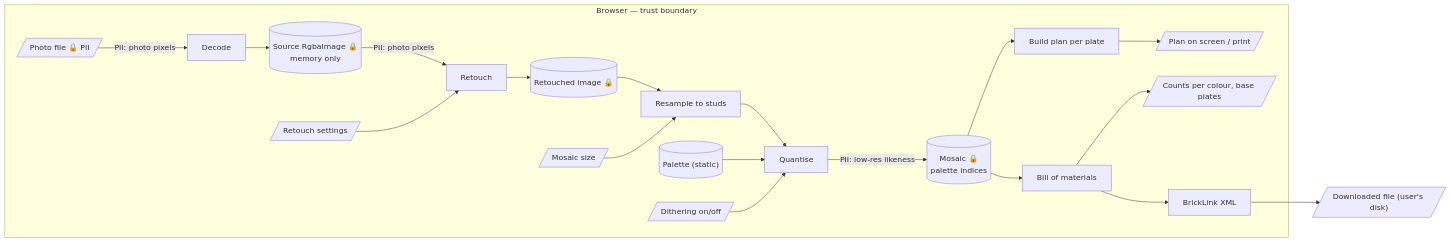
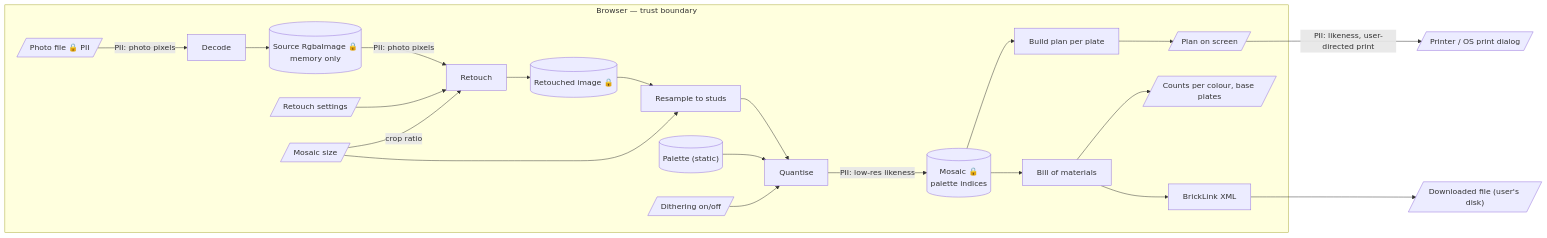
Before and after one commit to benoit-bremaud/brickpix: the diagram in docs/architecture/diagrams/mosaic/06-data-flow.md, drawn with Mermaid. The commit also changed other lines of this file and 1 other file, not shown here.

Commit message:
docs(architecture): address Codex review on state and data-flow diagrams

````diff
--- a/docs/architecture/diagrams/mosaic/06-data-flow.md
+++ b/docs/architecture/diagrams/mosaic/06-data-flow.md
@@ -10,37 +10,39 @@
 ```mermaid
 flowchart LR
     File[/"Photo file 🔒 PII"/] -- "PII: photo pixels" --> Decode["Decode"]
     Decode --> Src[("Source RgbaImage 🔒<br/>memory only")]
     Src -- "PII: photo pixels" --> Retouch["Retouch"]
     Settings[/"Retouch settings"/] --> Retouch
     Retouch --> Ret[("Retouched image 🔒")]
     Ret --> Resample["Resample to studs"]
     Size[/"Mosaic size"/] --> Resample
+    Size -- "crop ratio" --> Retouch
     Resample --> Quantise["Quantise"]
     Pal[("Palette (static)")] --> Quantise
     Dither[/"Dithering on/off"/] --> Quantise
     Quantise -- "PII: low-res likeness" --> Mosaic[("Mosaic 🔒<br/>palette indices")]
-    Mosaic --> Plan["Build plan per plate"] --> PlanOut[/"Plan on screen / print"/]
+    Mosaic --> Plan["Build plan per plate"] --> PlanOut[/"Plan on screen"/]
+    PlanOut -- "PII: likeness, user-directed print" --> Print[/"Printer / OS print dialog"/]
     Mosaic --> Bom["Bill of materials"] --> BomOut[/"Counts per colour, base plates"/]
     Bom --> Xml["BrickLink XML"] --> Dl[/"Downloaded file (user's disk)"/]
 
     subgraph Browser["Browser — trust boundary"]
         File
         Settings
         Size
         Dither
         PlanOut
         BomOut
         Decode
         Src
         Retouch
         Ret
         Resample
         Quantise
         Mosaic
         Plan
         Bom
         Xml
         Pal
     end
 ```
````
